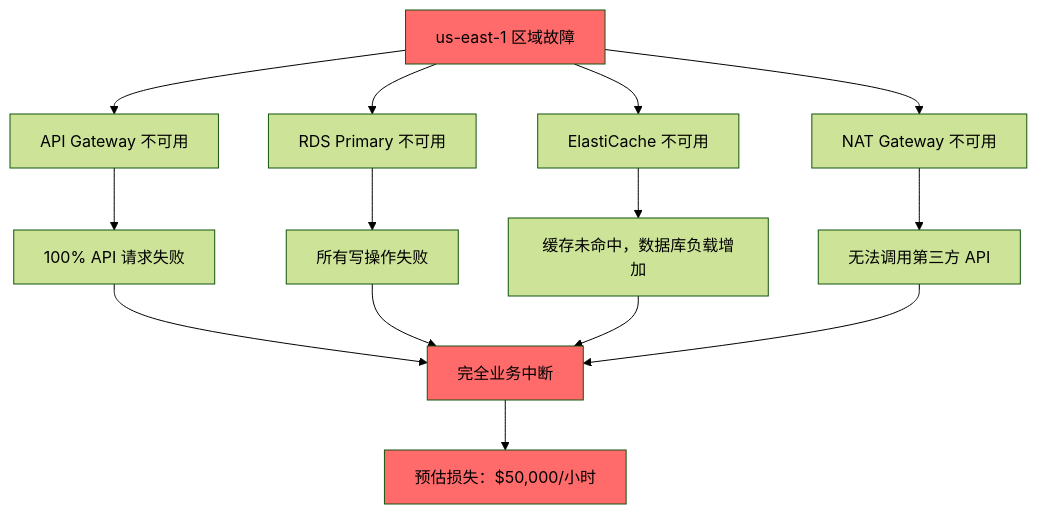
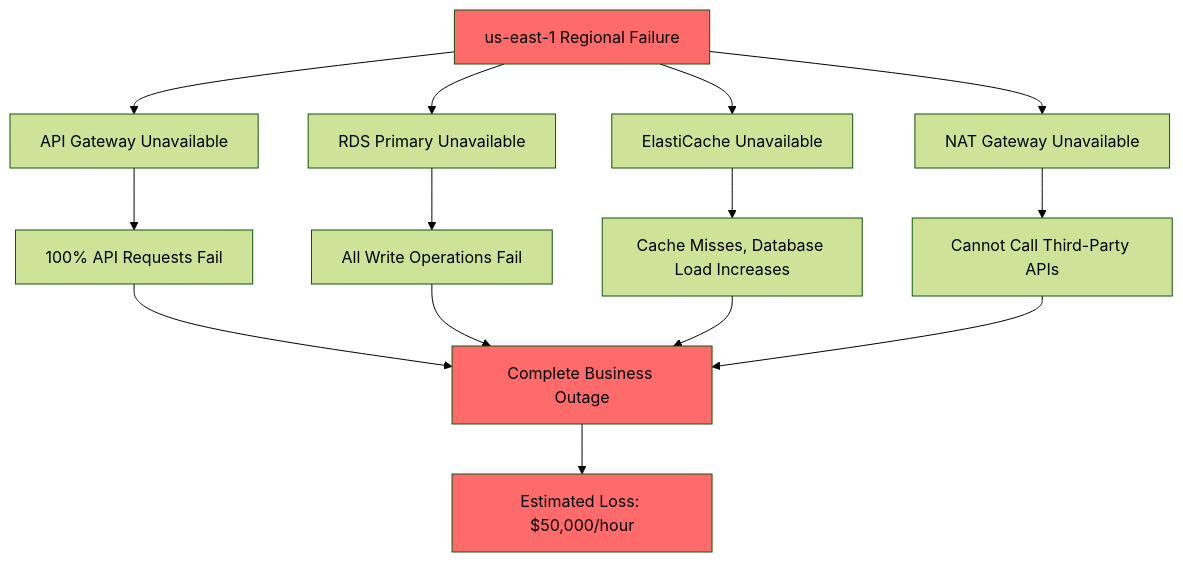
The fifth of 5 diagrams in aws-resilience-modeling/assets/example-report-template.md (RadiumGu/sample-aws-resilience-skill), drawn with Mermaid (forest theme) before and after one commit. The commit also changed other lines of this file and 50 other files, not shown here.

````diff
--- a/aws-resilience-modeling/assets/example-report-template.md
+++ b/aws-resilience-modeling/assets/example-report-template.md
@@ -479,22 +479,22 @@
 ```mermaid
 graph TD
-    A[us-east-1 区域故障] --> B[API Gateway 不可用]
-    A --> C[RDS Primary 不可用]
-    A --> D[ElastiCache 不可用]
-    A --> E[NAT Gateway 不可用]
+    A[us-east-1 Regional Failure] --> B[API Gateway Unavailable]
+    A --> C[RDS Primary Unavailable]
+    A --> D[ElastiCache Unavailable]
+    A --> E[NAT Gateway Unavailable]
 
-    B --> F[100% API 请求失败]
-    C --> G[所有写操作失败]
-    D --> H[缓存未命中，数据库负载增加]
-    E --> I[无法调用第三方 API]
+    B --> F[100% API Requests Fail]
+    C --> G[All Write Operations Fail]
+    D --> H[Cache Misses, Database Load Increases]
+    E --> I[Cannot Call Third-Party APIs]
 
-    F --> J[完全业务中断]
+    F --> J[Complete Business Outage]
     G --> J
     H --> J
     I --> J
 
-    J --> K[预估损失：$50,000/小时]
+    J --> K[Estimated Loss: $50,000/hour]
 
     classDef critical fill:#ff6b6b
     class A,J,K critical
 ```
````
